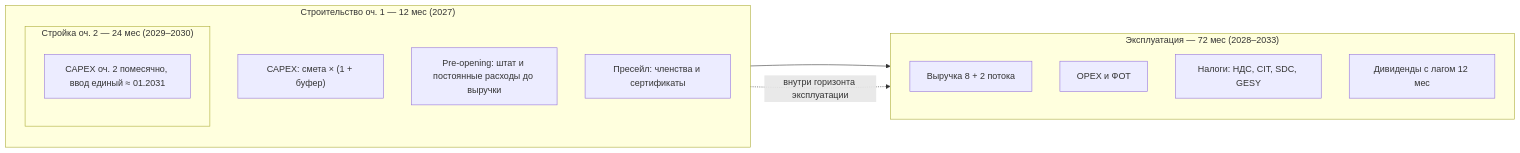
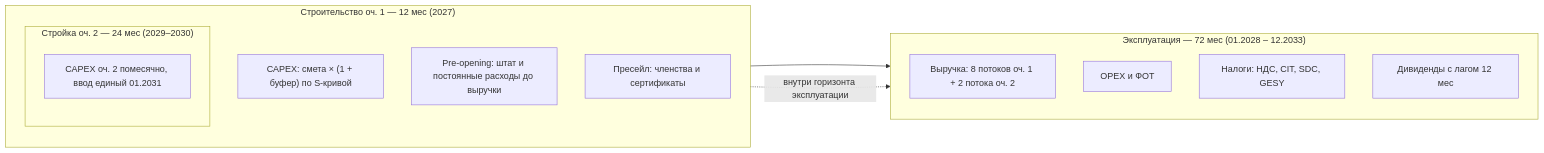
The first of 6 diagrams in src/docs/model-guide.md (ampulex-23/aura-hills-finmodel), drawn with Mermaid before and after one commit. The commit also changed other lines of this file and 11 other files, not shown here.

````diff
--- a/src/docs/model-guide.md
+++ b/src/docs/model-guide.md
@@ -24,23 +31,23 @@
 ```mermaid
 flowchart LR
     subgraph C["Строительство оч. 1 — 12 мес (2027)"]
       direction TB
-      C1["CAPEX: смета × (1 + буфер)"]
+      C1["CAPEX: смета × (1 + буфер) по S-кривой"]
       C2["Аренда земли, если режим lease"]
       C3["Pre-opening: штат и постоянные расходы до выручки"]
       C4["Пресейл: членства и сертификаты"]
     end
-    subgraph O["Эксплуатация — 72 мес (2028–2033)"]
+    subgraph O["Эксплуатация — 72 мес (01.2028 – 12.2033)"]
       direction TB
-      O1["Выручка 8 + 2 потока"]
+      O1["Выручка: 8 потоков оч. 1 + 2 потока оч. 2"]
       O2["OPEX и ФОТ"]
       O3["Налоги: НДС, CIT, SDC, GESY"]
       O4["Дивиденды с лагом 12 мес"]
     end
     subgraph C2["Стройка оч. 2 — 24 мес (2029–2030)"]
       direction TB
-      P2["CAPEX оч. 2 помесячно, ввод единый ≈ 01.2031"]
+      P2["CAPEX оч. 2 помесячно, ввод единый 01.2031"]
     end
     C --> O
     C2 -.->|"внутри горизонта эксплуатации"| O
 ```
````
